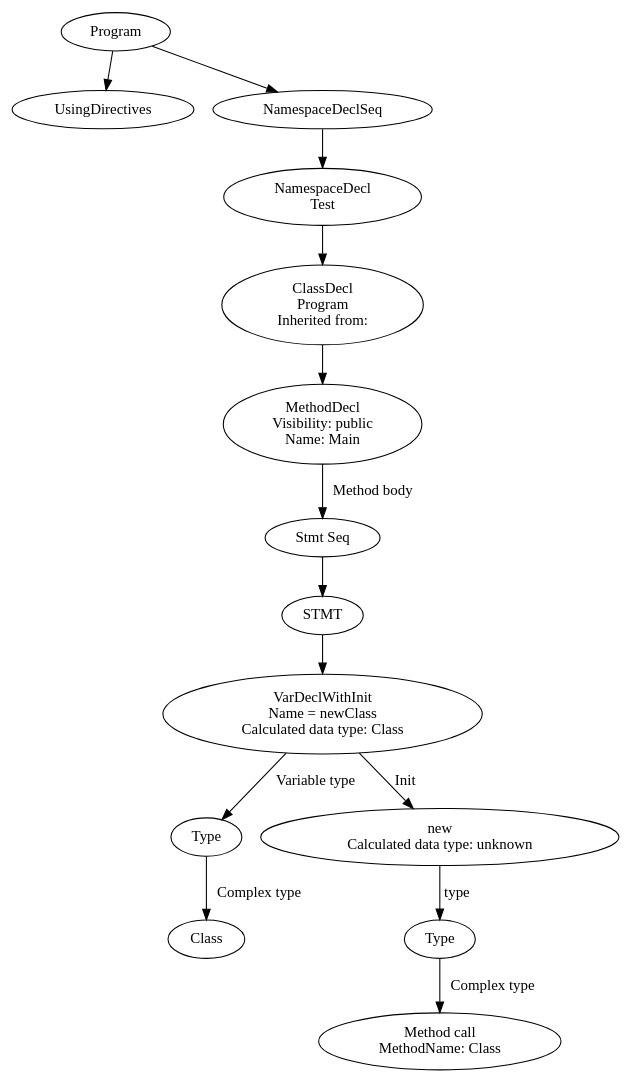
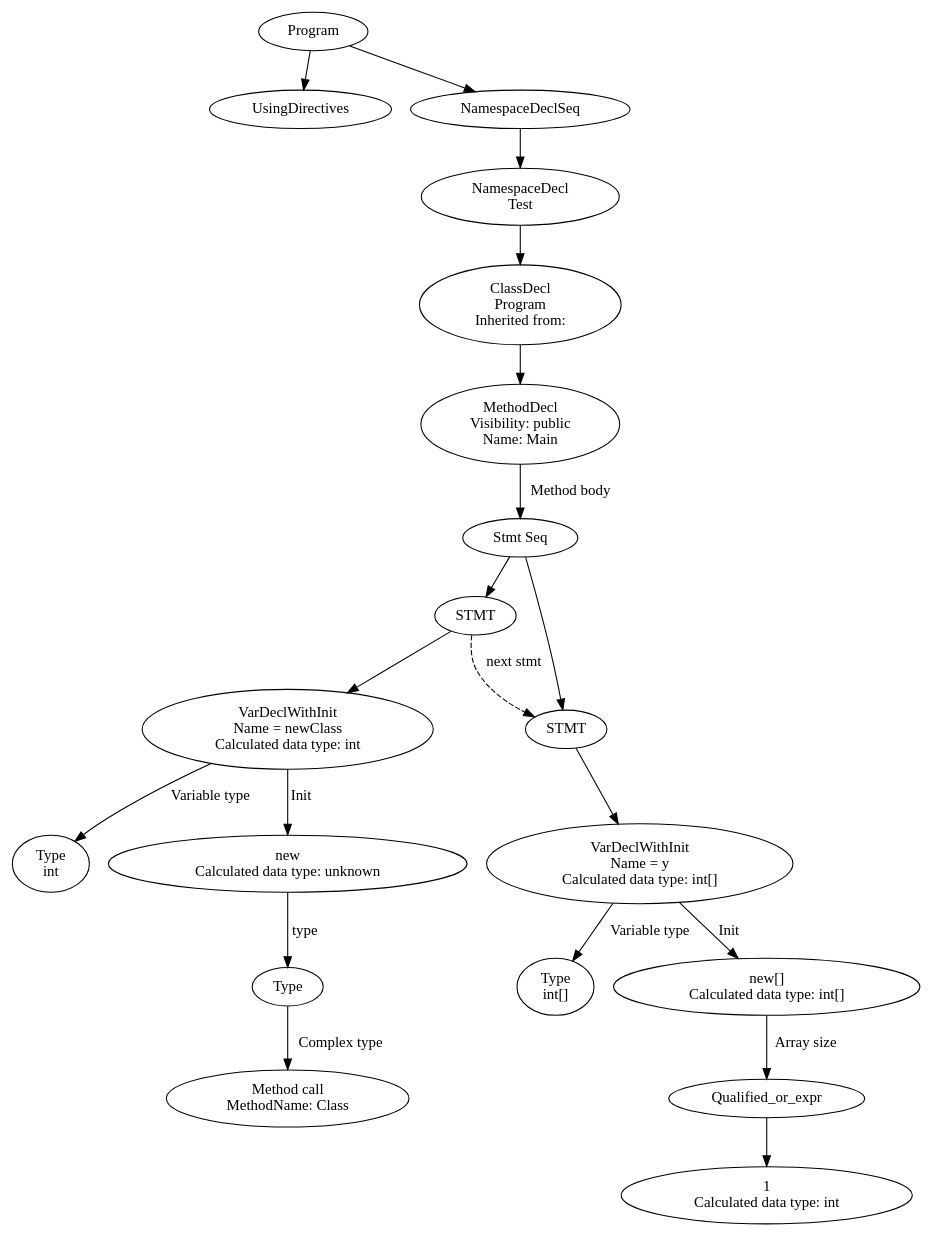
One commit to SergeyGT/CSharp_Compiler changed the diagram in lexer-build/ast.dot. Above: the diagram before and after it, drawn with Graphviz. The commit also changed 5 other files, not shown here.

```diff
--- a/lexer-build/ast.dot
+++ b/lexer-build/ast.dot
@@ -1,29 +1,40 @@
 digraph Program {
-16 [label="Program"]
+21 [label="Program"]
 0 [label="UsingDirectives"]
-15 [label="NamespaceDeclSeq"]
-14 [label="NamespaceDecl\nTest"]
-12 [label="ClassDecl\nProgram\n Inherited from: "]
-10 [label="MethodDecl\nVisibility: public\nName: Main"]
-9 [label="Stmt Seq"]
-8 [label="STMT"]
-7 [label="VarDeclWithInit\nName = newClass\nCalculated data type: Class"]
-3 [label="Type"]
-2 [label="Class"]
-3 -> 2 [label="Complex type"]
-7 -> 3 [label="Variable type"]
-6 [label="new\nCalculated data type: unknown"]
-5 [label="Type"]
-4 [label="Method call\nMethodName: Class"]
-5 -> 4 [label="Complex type"]
-6 -> 5 [label="type"]
-7 -> 6 [label="Init"]
+20 [label="NamespaceDeclSeq"]
+19 [label="NamespaceDecl\nTest"]
+17 [label="ClassDecl\nProgram\n Inherited from: "]
+15 [label="MethodDecl\nVisibility: public\nName: Main"]
+8 [label="Stmt Seq"]
+7 [label="STMT"]
+6 [label="VarDeclWithInit\nName = newClass\nCalculated data type: int"]
+2 [label="Type\nint"]
+6 -> 2 [label="Variable type"]
+5 [label="new\nCalculated data type: unknown"]
+4 [label="Type"]
+3 [label="Method call\nMethodName: Class"]
+4 -> 3 [label="Complex type"]
+5 -> 4 [label="type"]
+6 -> 5 [label="Init"]
+7 -> 6
 8 -> 7
-9 -> 8
-10 -> 9 [label="Method body"]
-12 -> 10
-14 -> 12
-15 -> 14
-16 -> 0
-16 -> 15
+14 [label="STMT"]
+13 [label="VarDeclWithInit\nName = y\nCalculated data type: int[]"]
+9 [label="Type\nint[]"]
+13 -> 9 [label="Variable type"]
+12 [label="new[]\nCalculated data type: int[]"]
+11 [label="Qualified_or_expr"]
+10 [label="1\nCalculated data type: int"]
+11 -> 10
+12 -> 11 [label="Array size"]
+13 -> 12 [label="Init"]
+14 -> 13
+8 -> 14
+7 -> 14 [label="next stmt"][style="dashed"]
+15 -> 8 [label="Method body"]
+17 -> 15
+19 -> 17
+20 -> 19
+21 -> 0
+21 -> 20
 }
```
